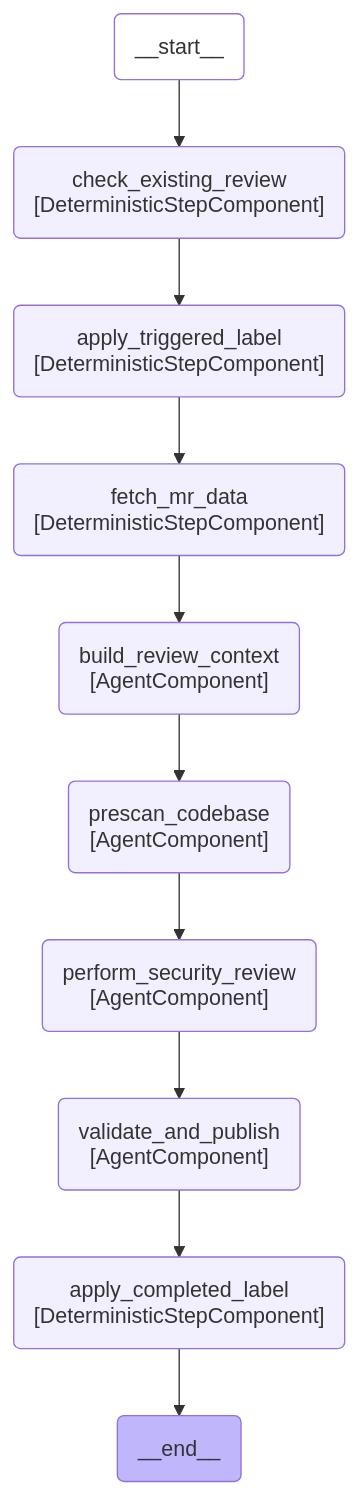
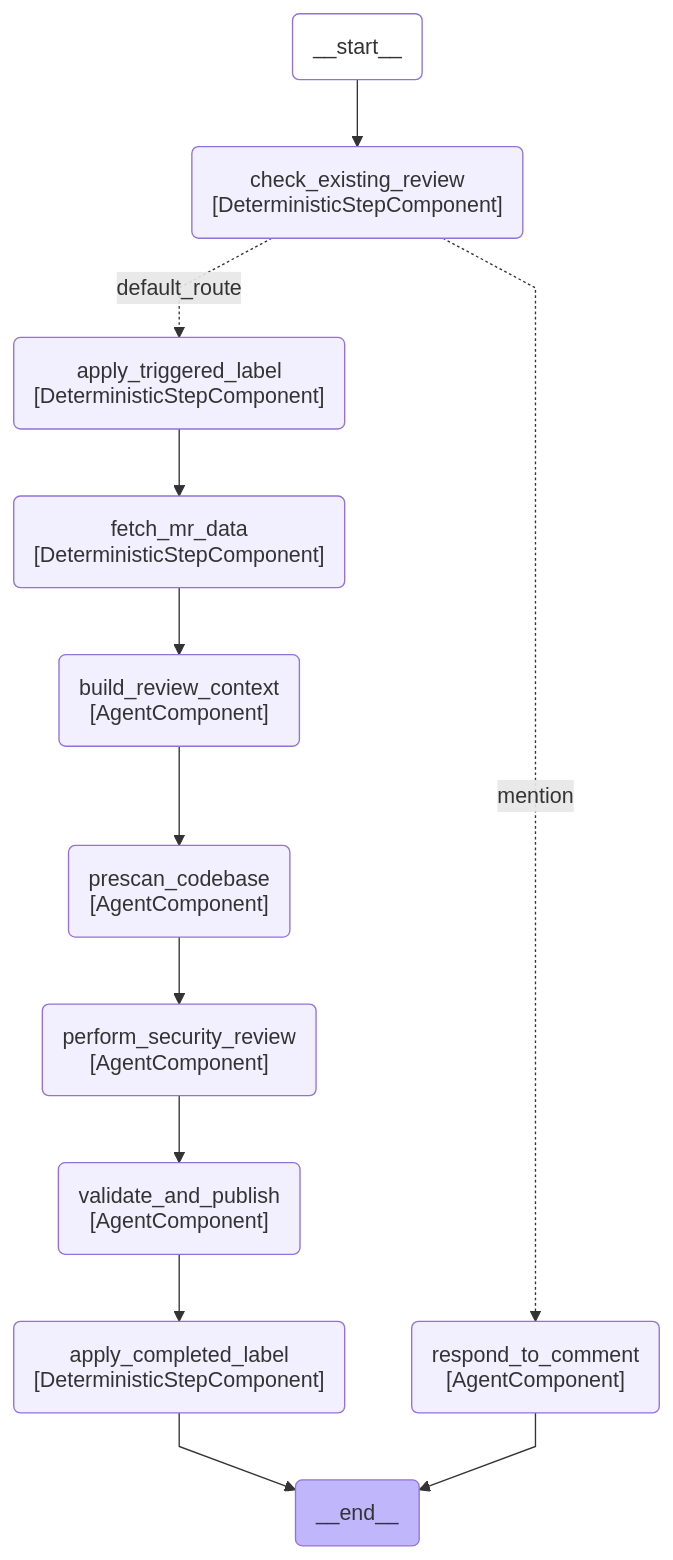
Diagram 27 of 29 in docs/duo_workflow_service_graphs.md (movax01h/ai-gateway), drawn with Mermaid before and after one commit. The commit also changed 9 other files, not shown here.

````diff
--- a/docs/duo_workflow_service_graphs.md
+++ b/docs/duo_workflow_service_graphs.md
@@ -791,30 +791,33 @@
 ```mermaid
 ---
 config:
     flowchart:
         curve: linear
 ---
 graph TD;
     __start__(__start__):::first;
     __end__(__end__):::last;
     __start__ --> check_existing_review;
     check_existing_review(check_existing_review<br>#91;DeterministicStepComponent#93;);
     apply_triggered_label(apply_triggered_label<br>#91;DeterministicStepComponent#93;);
     fetch_mr_data(fetch_mr_data<br>#91;DeterministicStepComponent#93;);
     build_review_context(build_review_context<br>#91;AgentComponent#93;);
     prescan_codebase(prescan_codebase<br>#91;AgentComponent#93;);
     perform_security_review(perform_security_review<br>#91;AgentComponent#93;);
     validate_and_publish(validate_and_publish<br>#91;AgentComponent#93;);
     apply_completed_label(apply_completed_label<br>#91;DeterministicStepComponent#93;);
-    check_existing_review --> apply_triggered_label;
+    respond_to_comment(respond_to_comment<br>#91;AgentComponent#93;);
+    check_existing_review -.->|mention| respond_to_comment;
+    check_existing_review -.->|default_route| apply_triggered_label;
     apply_triggered_label --> fetch_mr_data;
     fetch_mr_data --> build_review_context;
     build_review_context --> prescan_codebase;
     prescan_codebase --> perform_security_review;
     perform_security_review --> validate_and_publish;
     validate_and_publish --> apply_completed_label;
     apply_completed_label --> __end__;
+    respond_to_comment --> __end__;
     classDef default fill:#f2f0ff,line-height:1.2;
     classDef first fill-opacity:0;
     classDef last fill:#bfb6fc;
 ```
````
